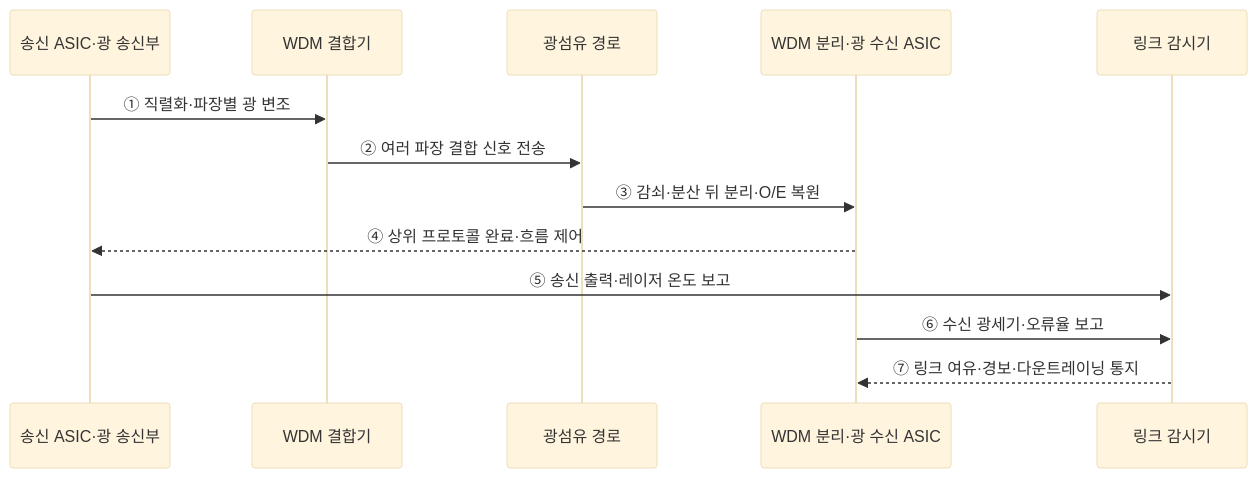
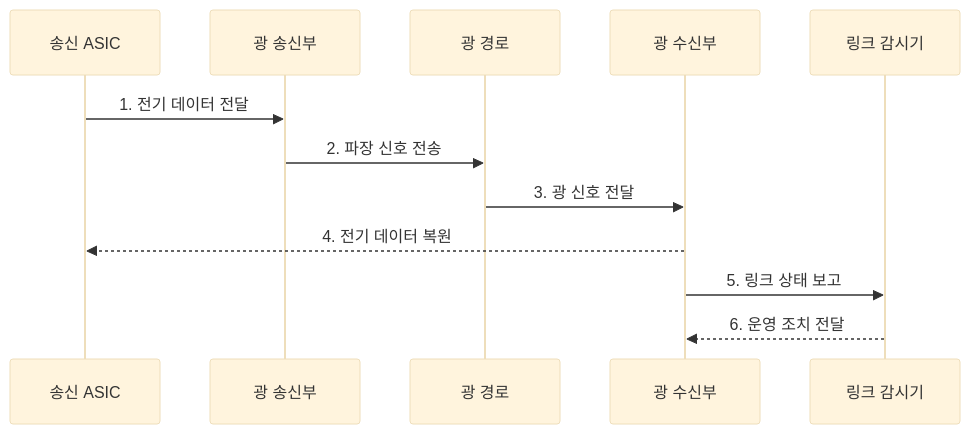
The second of 2 diagrams in src/content/docs/notes/02-hardware/089_optical_interconnect.md (agnusdei1207/knowledge-base), drawn with Mermaid (base theme) before and after one commit. The commit also changed other lines of this file and 20 other files, not shown here.

````diff
--- a/src/content/docs/notes/02-hardware/089_optical_interconnect.md
+++ b/src/content/docs/notes/02-hardware/089_optical_interconnect.md
@@ -85,16 +100,14 @@
 ```mermaid
 sequenceDiagram
-    participant S as 송신 ASIC·광 송신부
-    participant W as WDM 결합기
-    participant F as 광섬유 경로
-    participant R as WDM 분리·광 수신 ASIC
+    participant S as 송신 ASIC
+    participant T as 광 송신부
+    participant F as 광 경로
+    participant R as 광 수신부
     participant M as 링크 감시기
-
-    S->>W: ① 직렬화·파장별 광 변조
-    W->>F: ② 여러 파장 결합 신호 전송
-    F->>R: ③ 감쇠·분산 뒤 분리·O/E 복원
-    R-->>S: ④ 상위 프로토콜 완료·흐름 제어
-    S->>M: ⑤ 송신 출력·레이저 온도 보고
-    R->>M: ⑥ 수신 광세기·오류율 보고
-    M-->>R: ⑦ 링크 여유·경보·다운트레이닝 통지
+    S->>T: 1. 전기 데이터 전달
+    T->>F: 2. 파장 신호 전송
+    F->>R: 3. 광 신호 전달
+    R-->>S: 4. 전기 데이터 복원
+    R->>M: 5. 링크 상태 보고
+    M-->>R: 6. 운영 조치 전달
 ```
````
